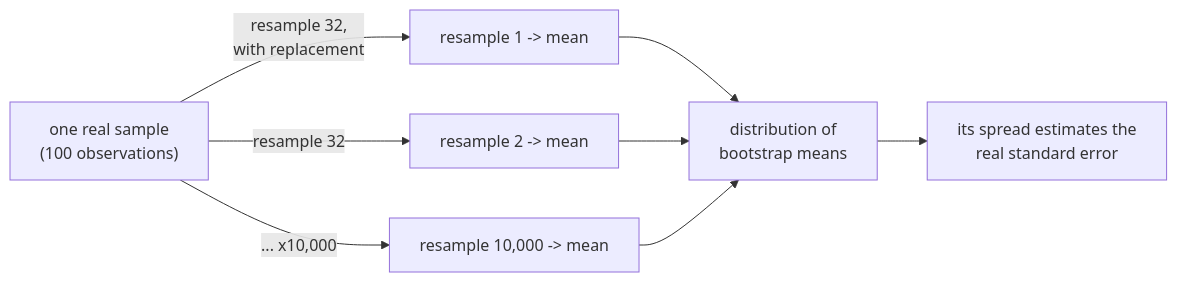
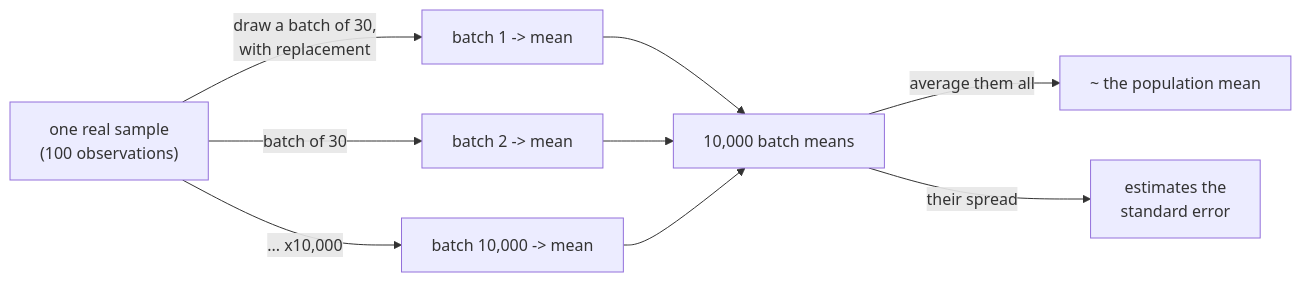
One commit to b1ck0/ds_ml_ai_starter changed the second of 2 diagrams in 01-data-science/03-worked-examples/16-clt-and-monte-carlo.md. Above: the diagram before and after it, drawn with Mermaid. The commit also changed other lines of this file and 3 other files, not shown here.

````diff
--- a/01-data-science/03-worked-examples/16-clt-and-monte-carlo.md
+++ b/01-data-science/03-worked-examples/16-clt-and-monte-carlo.md
@@ -183,10 +184,11 @@
 ```mermaid
 flowchart LR
-    S["one real sample<br/>(100 observations)"] -->|"resample 32,<br/>with replacement"| R1["resample 1 -> mean"]
-    S -->|"resample 32"| R2["resample 2 -> mean"]
-    S -->|"... x10,000"| R3["resample 10,000 -> mean"]
-    R1 --> D["distribution of<br/>bootstrap means"]
+    S["one real sample<br/>(100 observations)"] -->|"draw a batch of 30,<br/>with replacement"| R1["batch 1 -> mean"]
+    S -->|"batch of 30"| R2["batch 2 -> mean"]
+    S -->|"... x10,000"| R3["batch 10,000 -> mean"]
+    R1 --> D["10,000 batch means"]
     R2 --> D
     R3 --> D
-    D --> SE["its spread estimates the<br/>real standard error"]
+    D -->|"average them all"| AVG["~ the population mean"]
+    D -->|"their spread"| SE["estimates the<br/>standard error"]
 ```
````
